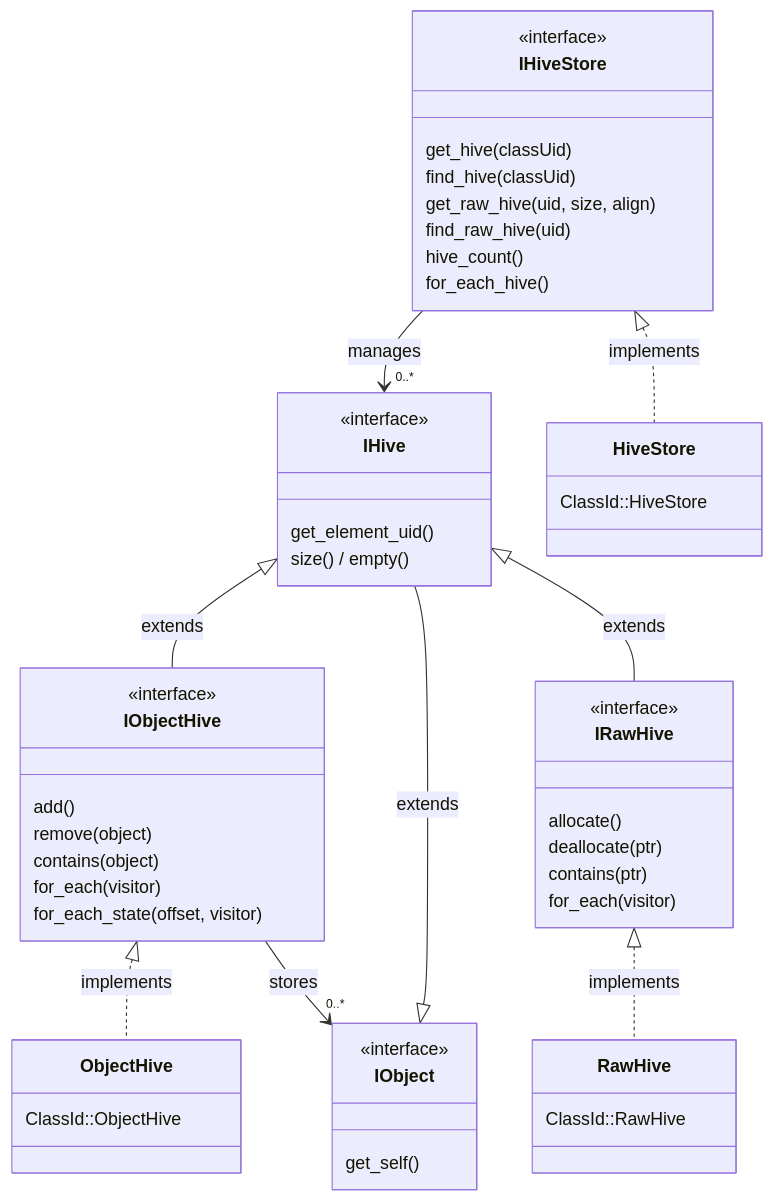
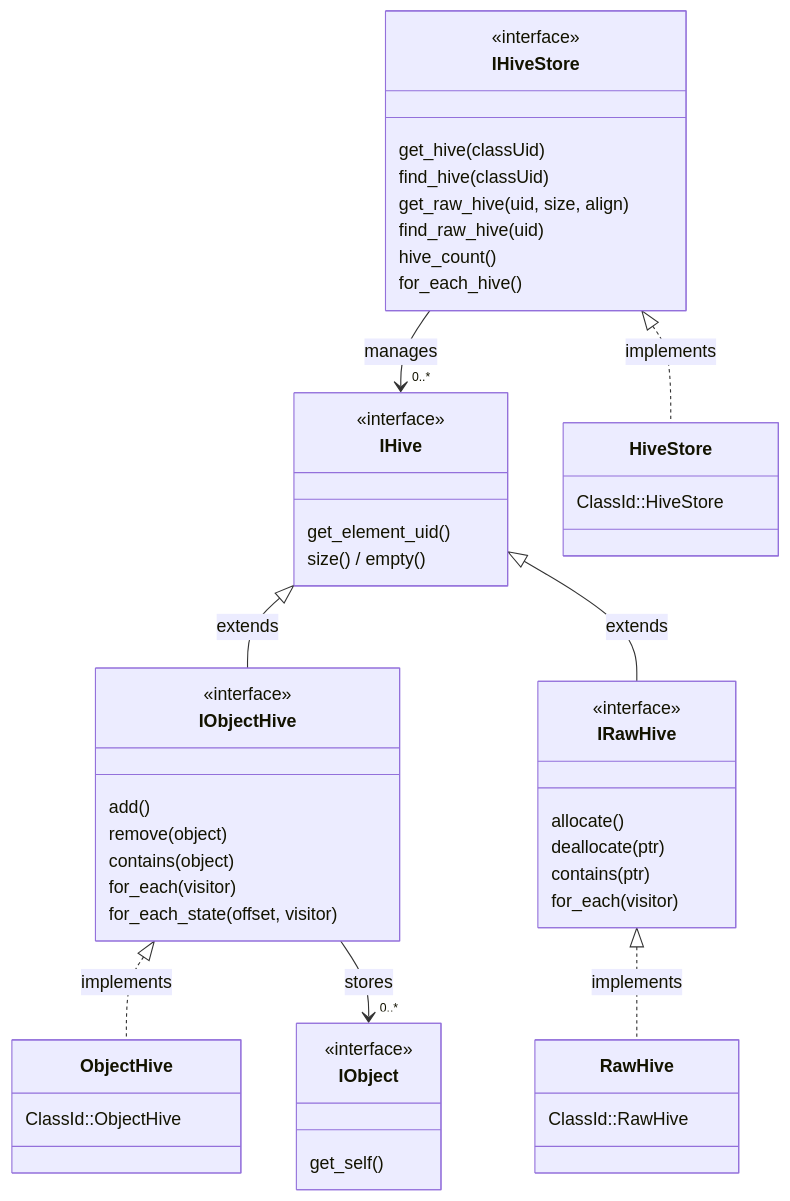
One commit to ljaaskela/strata changed the first of 2 diagrams in docs/hive.md. Above: the diagram before and after it, drawn with Mermaid. The commit also changed other lines of this file and 8 other files, not shown here.

````diff
--- a/docs/hive.md
+++ b/docs/hive.md
@@ -31,63 +31,62 @@
 ```mermaid
 classDiagram
     direction TB
 
     class IHiveStore {
         <<interface>>
         get_hive(classUid)
         find_hive(classUid)
         get_raw_hive(uid, size, align)
         find_raw_hive(uid)
         hive_count()
         for_each_hive()
     }
 
     class IHive {
         <<interface>>
         get_element_uid()
         size() / empty()
     }
 
     class IObjectHive {
         <<interface>>
         add()
         remove(object)
         contains(object)
         for_each(visitor)
         for_each_state(offset, visitor)
     }
 
     class IRawHive {
         <<interface>>
         allocate()
         deallocate(ptr)
         contains(ptr)
         for_each(visitor)
     }
 
     class IObject {
         <<interface>>
         get_self()
     }
 
     class HiveStore {
         ClassId::HiveStore
     }
 
     class ObjectHive {
         ClassId::ObjectHive
     }
 
     class RawHive {
         ClassId::RawHive
     }
 
     IHiveStore <|.. HiveStore : implements
     IHive <|-- IObjectHive : extends
     IHive <|-- IRawHive : extends
-    IObject <|-- IHive : extends
     IObjectHive <|.. ObjectHive : implements
     IRawHive <|.. RawHive : implements
     IHiveStore --> "0..*" IHive : manages
     IObjectHive --> "0..*" IObject : stores
 ```
````
